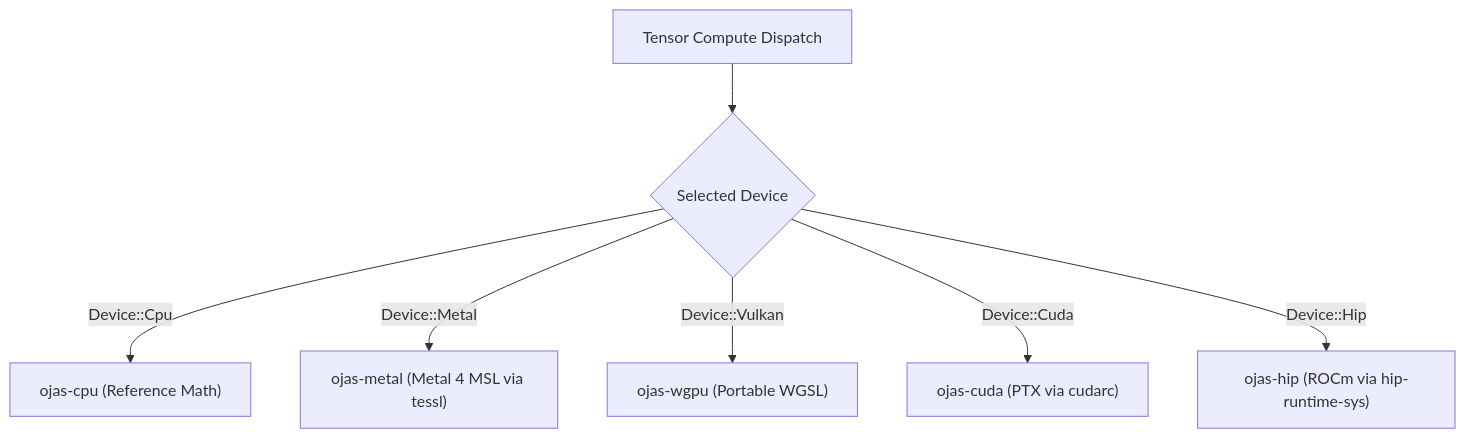
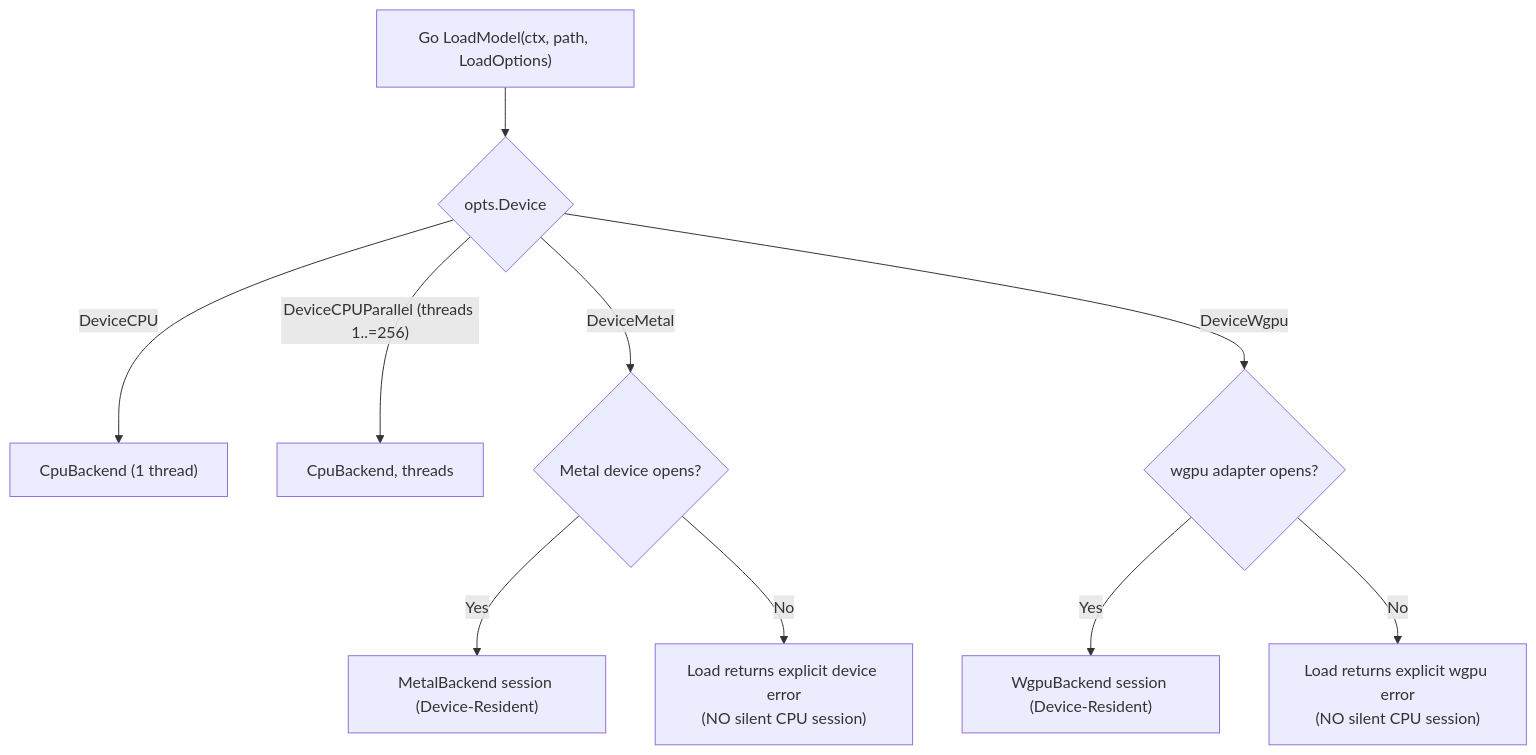
One commit to bharathvbcr/ojas changed the fifth of 8 diagrams in README.md. Above: the diagram before and after it, drawn with Mermaid. The commit also changed other lines of this file and 1261 other files, not shown here.

````diff
--- a/README.md
+++ b/README.md
@@ -141,10 +209,14 @@
 ```mermaid
 flowchart TD
-    Dispatch["Tensor Compute Dispatch"] --> BackendCheck{"Selected Device"}
-    
-    BackendCheck -->|Device::Cpu| CPU["ojas-cpu (Reference Math)"]
-    BackendCheck -->|Device::Metal| Metal["ojas-metal (Metal 4 MSL via tessl)"]
-    BackendCheck -->|Device::Vulkan| WGPU["ojas-wgpu (Portable WGSL)"]
-    BackendCheck -->|Device::Cuda| CUDA["ojas-cuda (PTX via cudarc)"]
-    BackendCheck -->|Device::Hip| HIP["ojas-hip (ROCm via hip-runtime-sys)"]
+    LoadOn["Go LoadModel(ctx, path, LoadOptions)"] --> Kind{"opts.Device"}
+
+    Kind -->|DeviceCPU| CPU["CpuBackend (1 thread)"]
+    Kind -->|"DeviceCPUParallel (threads 1..=256)"| CPUP["CpuBackend, threads"]
+    Kind -->|DeviceMetal| Metal{"Metal device opens?"}
+    Kind -->|DeviceWgpu| Wgpu{"wgpu adapter opens?"}
+
+    Metal -->|Yes| MetalB["MetalBackend session (Device-Resident)"]
+    Metal -->|No| MetalErr["Load returns explicit device error\n(NO silent CPU session)"]
+    Wgpu -->|Yes| WgpuB["WgpuBackend session (Device-Resident)"]
+    Wgpu -->|No| WgpuErr["Load returns explicit wgpu error\n(NO silent CPU session)"]
 ```
````
